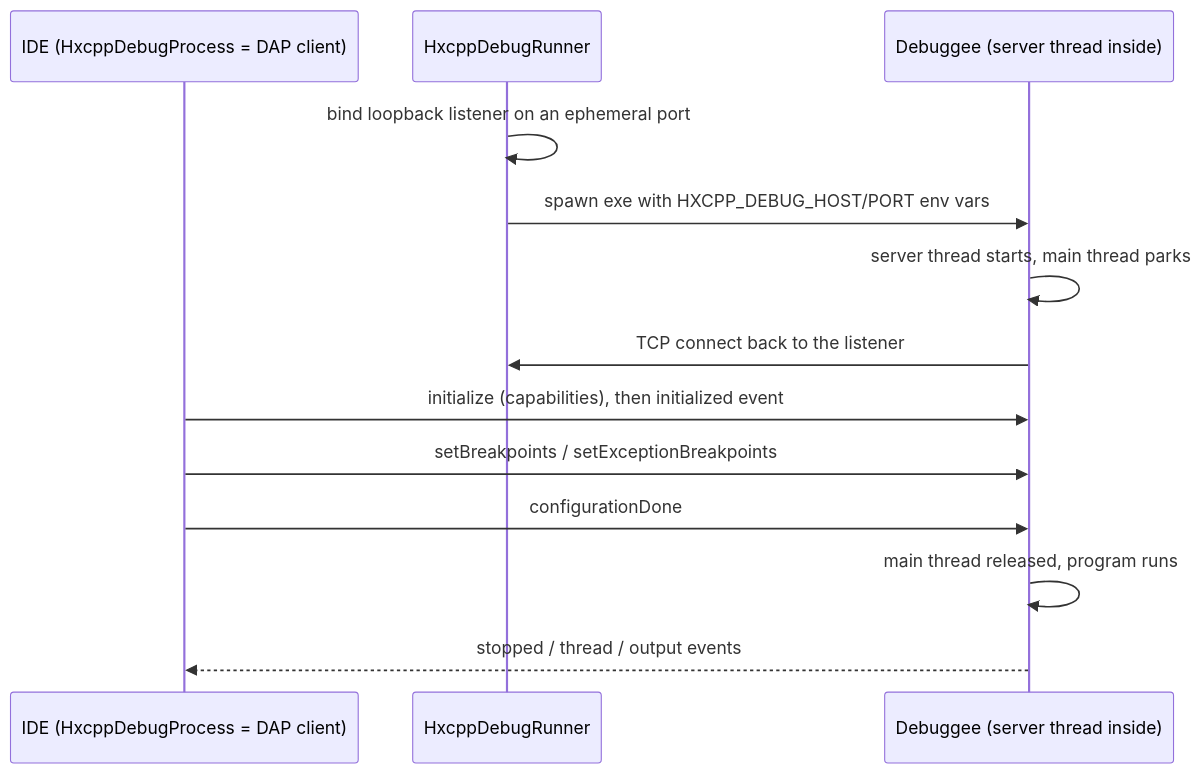
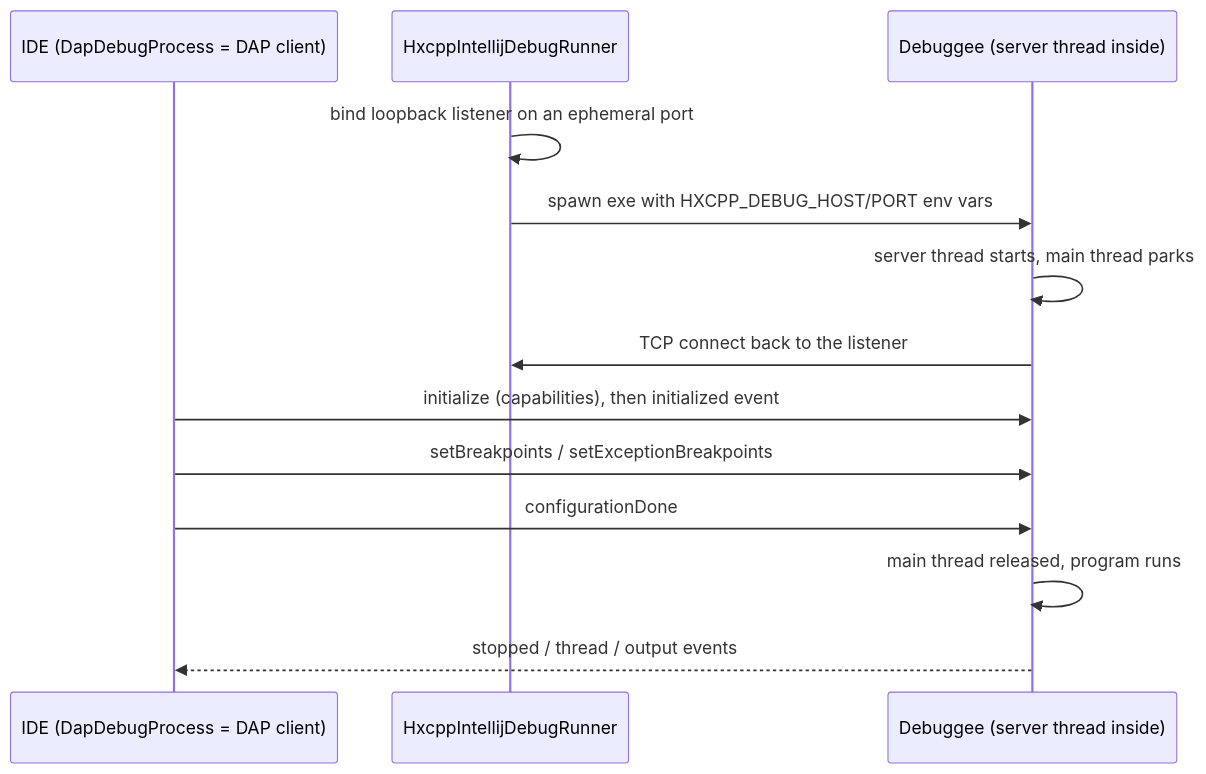
One commit to m0rkeulv/intellij-haxe changed the first of 3 diagrams in debuggers/intellij-hxcpp-debugger/docs/README.md. Above: the diagram before and after it, drawn with Mermaid. The commit also changed other lines of this file and 55 other files, not shown here.

First line of the commit message:
debuggers: extract a shared DAP IDE layer and fold every debugger onto it

````diff
--- a/debuggers/intellij-hxcpp-debugger/docs/README.md
+++ b/debuggers/intellij-hxcpp-debugger/docs/README.md
@@ -22,16 +22,16 @@
 ```mermaid
 sequenceDiagram
-    participant IDE as IDE (HxcppDebugProcess = DAP client)
-    participant Runner as HxcppDebugRunner
+    participant IDE as IDE (DapDebugProcess = DAP client)
+    participant Runner as HxcppIntellijDebugRunner
     participant App as Debuggee (server thread inside)
 
     Runner->>Runner: bind loopback listener on an ephemeral port
     Runner->>App: spawn exe with HXCPP_DEBUG_HOST/PORT env vars
     App->>App: server thread starts, main thread parks
     App->>Runner: TCP connect back to the listener
     IDE->>App: initialize (capabilities), then initialized event
     IDE->>App: setBreakpoints / setExceptionBreakpoints
     IDE->>App: configurationDone
     App->>App: main thread released, program runs
     App-->>IDE: stopped / thread / output events
 ```
````
